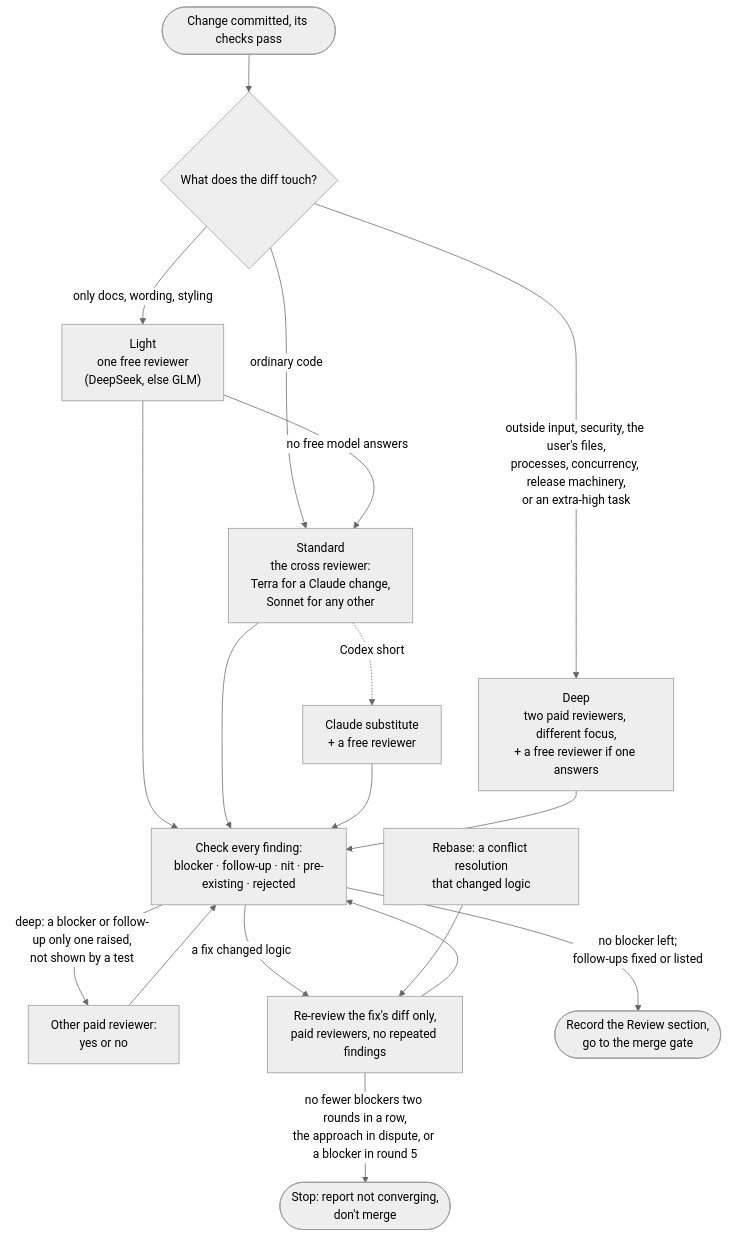
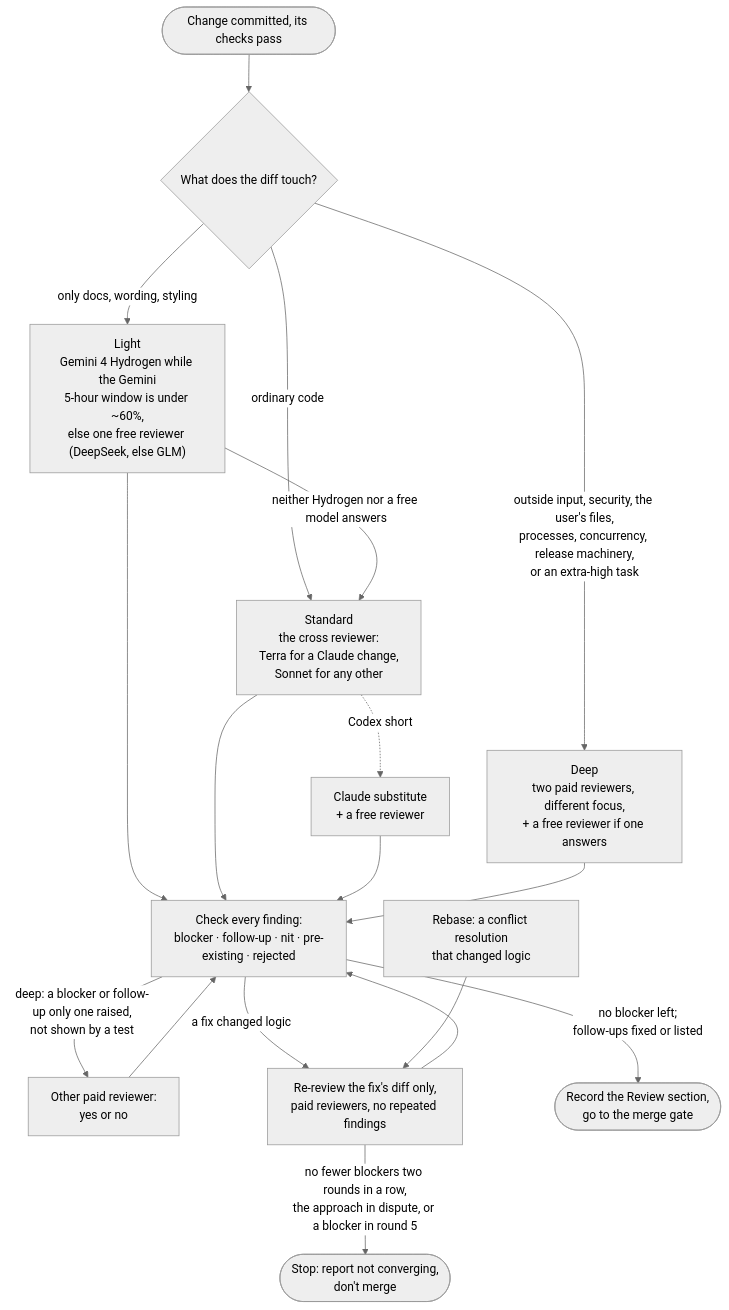
One commit to kristianbonnici/agent-skills changed the diagram in docs/skills/review-gate/README.md. Above: the diagram before and after it, drawn with Mermaid (neutral theme). The commit also changed other lines of this file and 6 other files, not shown here.

Commit message:
feat(review-gate): 4.0.0, Gemini 4 Hydrogen is Light's reviewer while the Gemini window is under about 60%; long-horizon-orchestrator 5.2.1 names it

````diff
--- a/docs/skills/review-gate/README.md
+++ b/docs/skills/review-gate/README.md
@@ -12,17 +12,17 @@
 ```mermaid
 flowchart TD
   start([Change committed, its checks pass]) --> level{What does the diff touch?}
-  level -->|"only docs, wording, styling"| light["Light<br/>one free reviewer<br/>(DeepSeek, else GLM)"]
+  level -->|"only docs, wording, styling"| light["Light<br/>Gemini 4 Hydrogen while the Gemini<br/>5-hour window is under ~60%,<br/>else one free reviewer (DeepSeek, else GLM)"]
   level -->|ordinary code| standard["Standard<br/>the cross reviewer:<br/>Terra for a Claude change,<br/>Sonnet for any other"]
   level -->|"outside input, security, the user's files,<br/>processes, concurrency, release machinery,<br/>or an extra-high task"| deep["Deep<br/>two paid reviewers, different focus,<br/>+ a free reviewer if one answers"]
-  light -->|no free model answers| standard
+  light -->|neither Hydrogen nor a free model answers| standard
   standard -.->|Codex short| sub["Claude substitute<br/>+ a free reviewer"]
   light & standard & sub & deep --> sort["Check every finding:<br/>blocker · follow-up · nit · pre-existing · rejected"]
   sort -->|"deep: a blocker or follow-up only one raised,<br/>not shown by a test"| second["Other paid reviewer:<br/>yes or no"]
   second --> sort
   sort -->|a fix changed logic| rereview["Re-review the fix's diff only,<br/>paid reviewers, no repeated findings"]
   rebase["Rebase: a conflict resolution<br/>that changed logic"] --> rereview
   rereview -->|"no fewer blockers two rounds in a row,<br/>the approach in dispute, or a blocker in round 5"| stop([Stop: report not converging,<br/>don't merge])
   rereview --> sort
   sort -->|"no blocker left;<br/>follow-ups fixed or listed"| record([Record the Review section,<br/>go to the merge gate])
 ```
````
